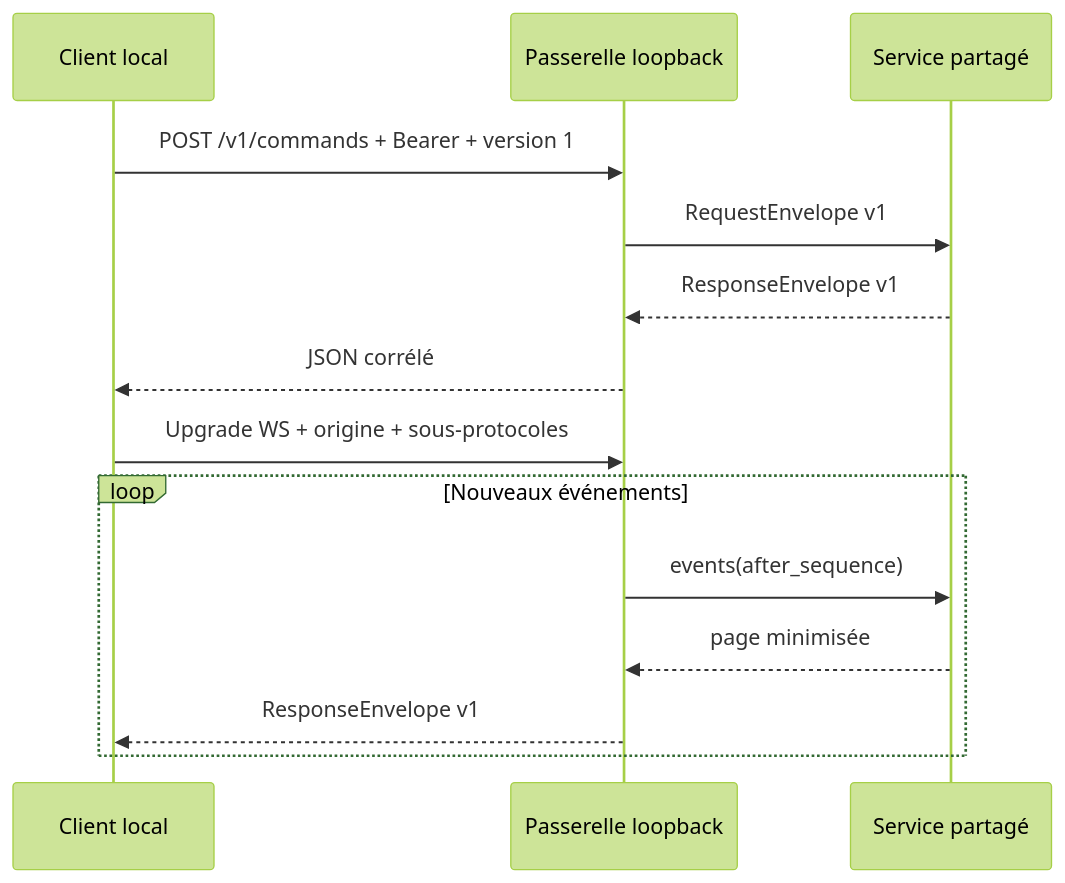
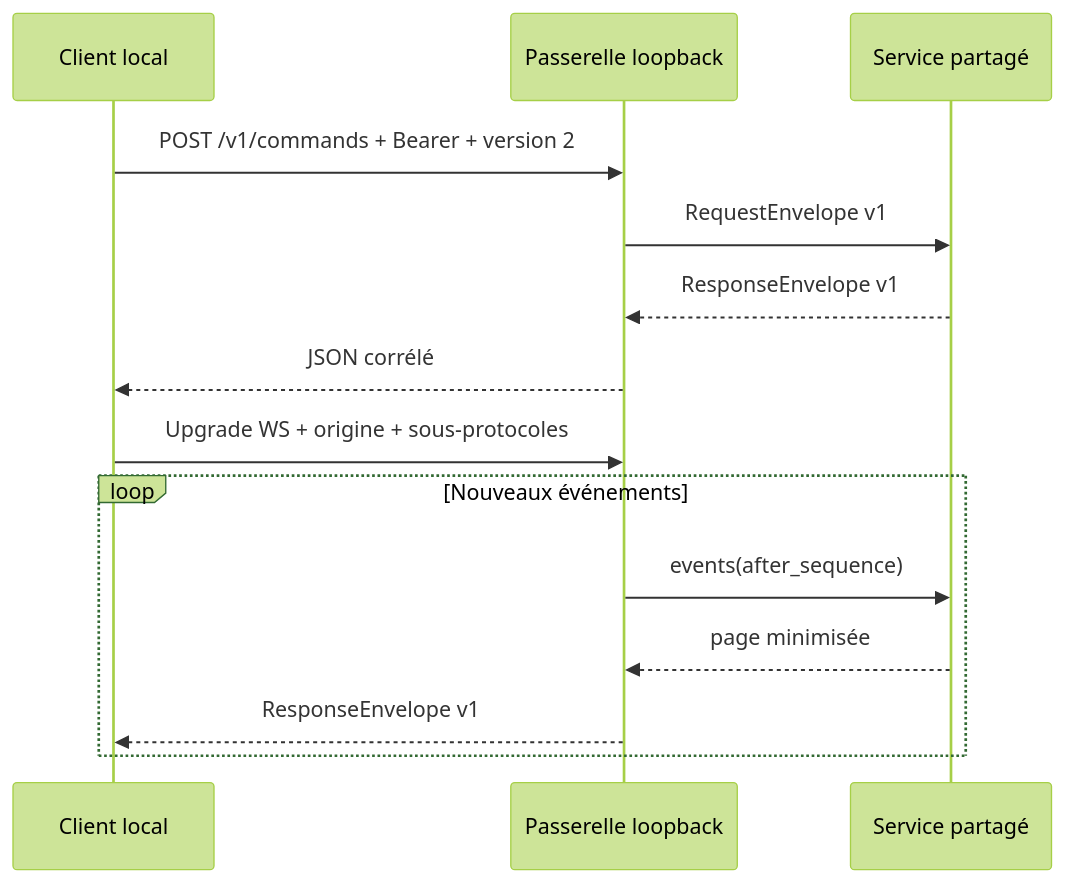
One commit to W-D0n/semantic-engine changed the diagram in docs/integration/loopback-api.md. Above: the diagram before and after it, drawn with Mermaid (forest theme). The commit also changed other lines of this file and 50 other files, not shown here.

````diff
--- a/docs/integration/loopback-api.md
+++ b/docs/integration/loopback-api.md
@@ -128,16 +128,16 @@
 ```mermaid
 sequenceDiagram
     participant C as Client local
     participant L as Passerelle loopback
     participant S as Service partagé
-    C->>L: POST /v1/commands + Bearer + version 1
+    C->>L: POST /v1/commands + Bearer + version 2
     L->>S: RequestEnvelope v1
     S-->>L: ResponseEnvelope v1
     L-->>C: JSON corrélé
     C->>L: Upgrade WS + origine + sous-protocoles
     loop Nouveaux événements
         L->>S: events(after_sequence)
         S-->>L: page minimisée
         L-->>C: ResponseEnvelope v1
     end
 ```
````
